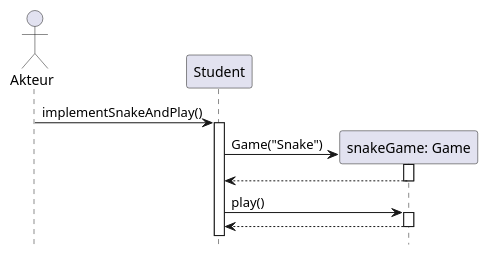
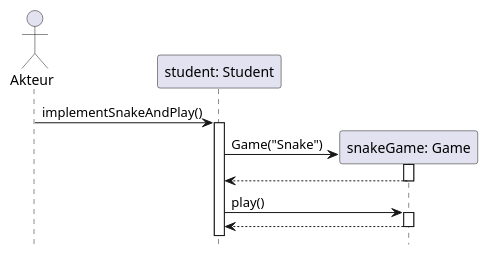
Before and after one commit to MaximilianHertenstein/tgi_12: the diagram in infomaterial/theorie/sequenzdiagramme_2/s4.puml, drawn with PlantUML. The commit also changed 306 other files, not shown here.

```diff
--- a/infomaterial/theorie/sequenzdiagramme_2/s4.puml
+++ b/infomaterial/theorie/sequenzdiagramme_2/s4.puml
@@ -1,17 +1,17 @@
 @startuml s4
 actor Akteur
-participant Student
+participant "student: Student" as  Student
 participant "snakeGame: Game" as Game
 autoactivate on 
 hide footbox
 
 Akteur -> Student : implementSnakeAndPlay()
 
 create Game
 Student -> Game : Game("Snake")
 return 
 Student -> Game : play()
 
 return
 
 @enduml
```
